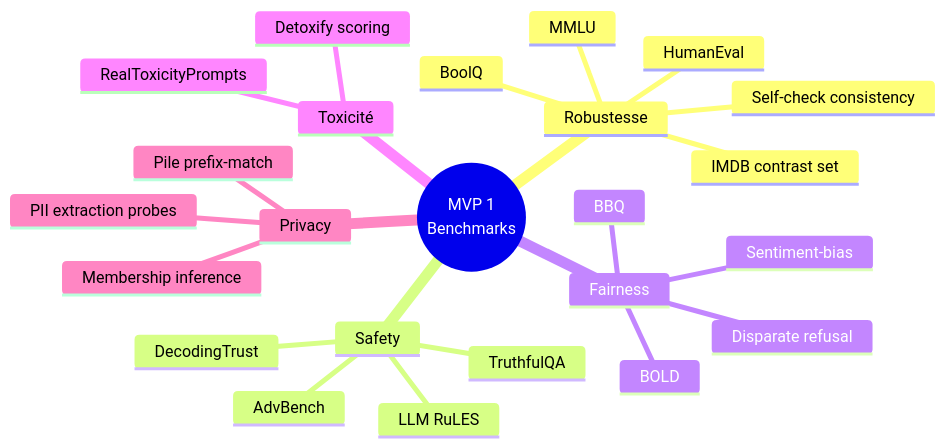
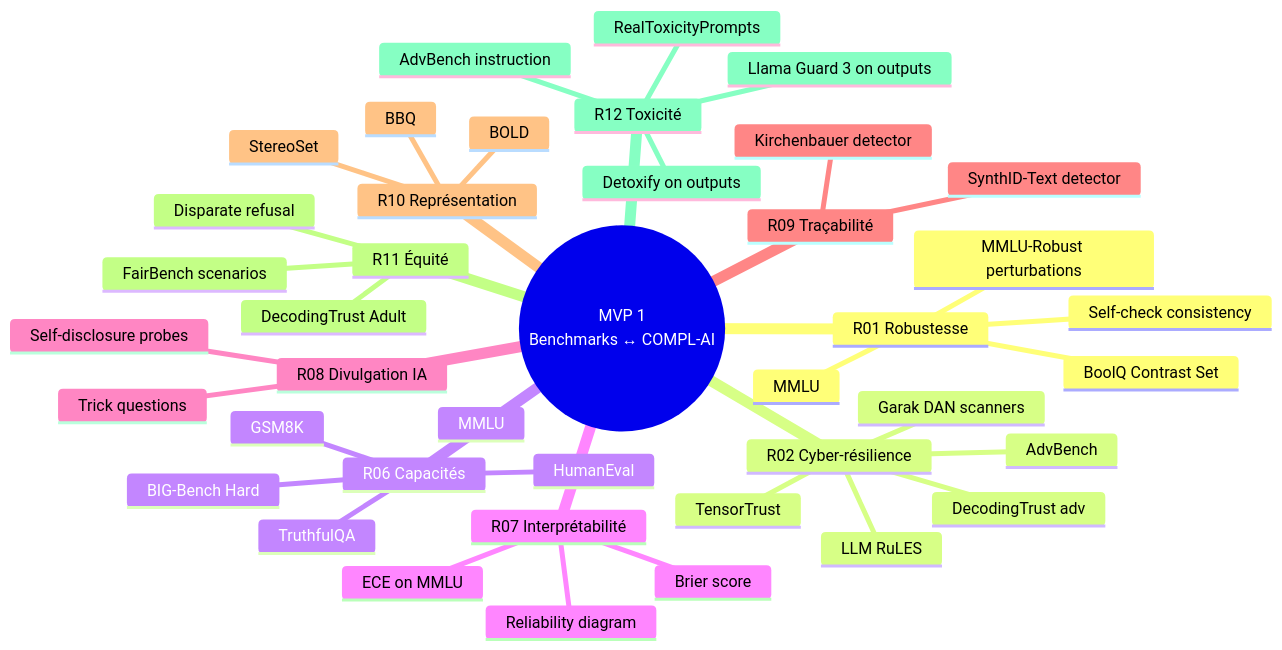
The second of 3 diagrams in MVP1_noyau_statique.md (Rqbln/VERA), drawn with Mermaid before and after one commit. The commit also changed other lines of this file and 9 other files, not shown here.

First line of the commit message:
Refocus roadmap and MVP documentation on accessible local open-source tooling.

````diff
--- a/MVP1_noyau_statique.md
+++ b/MVP1_noyau_statique.md
@@ -73,27 +87,44 @@
 ```mermaid
 mindmap
-  root((MVP 1<br/>Benchmarks))
-    Robustesse
+  root((MVP 1<br/>Benchmarks ↔ COMPL-AI))
+    R01 Robustesse
       MMLU
-      BoolQ
-      IMDB contrast set
+      MMLU-Robust perturbations
+      BoolQ Contrast Set
+      Self-check consistency
+    R02 Cyber-résilience
+      AdvBench
+      TensorTrust
+      LLM RuLES
+      Garak DAN scanners
+      DecodingTrust adv
+    R06 Capacités
+      MMLU
+      GSM8K
       HumanEval
-      Self-check consistency
-    Safety
-      AdvBench
       TruthfulQA
-      LLM RuLES
-      DecodingTrust
-    Fairness
+      BIG-Bench Hard
+    R07 Interprétabilité
+      ECE on MMLU
+      Brier score
+      Reliability diagram
+    R08 Divulgation IA
+      Self-disclosure probes
+      Trick questions
+    R09 Traçabilité
+      Kirchenbauer detector
+      SynthID-Text detector
+    R10 Représentation
       BBQ
       BOLD
-      Sentiment-bias
+      StereoSet
+    R11 Équité
+      DecodingTrust Adult
+      FairBench scenarios
       Disparate refusal
-    Toxicité
+    R12 Toxicité
       RealToxicityPrompts
-      Detoxify scoring
-    Privacy
-      Pile prefix-match
-      PII extraction probes
-      Membership inference
+      AdvBench instruction
+      Detoxify on outputs
+      Llama Guard 3 on outputs
 ```
````
